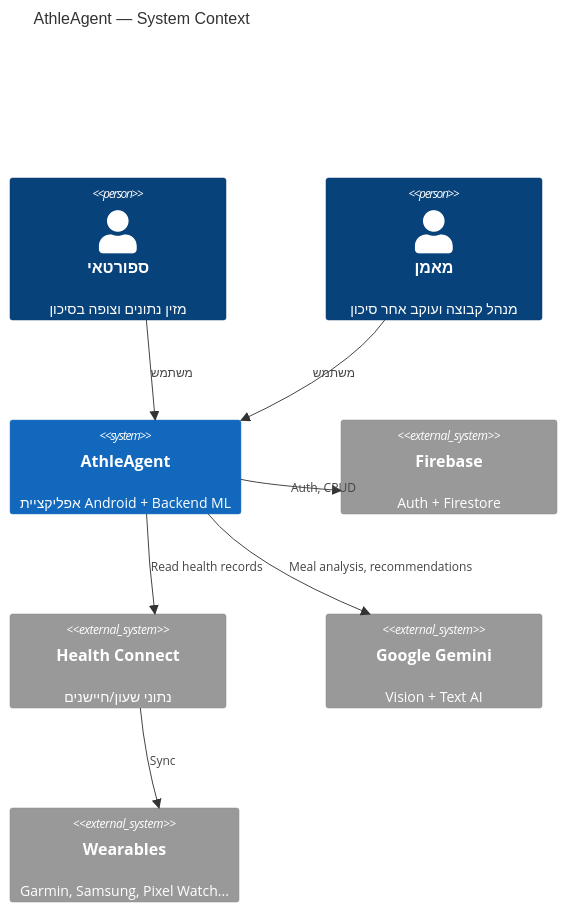
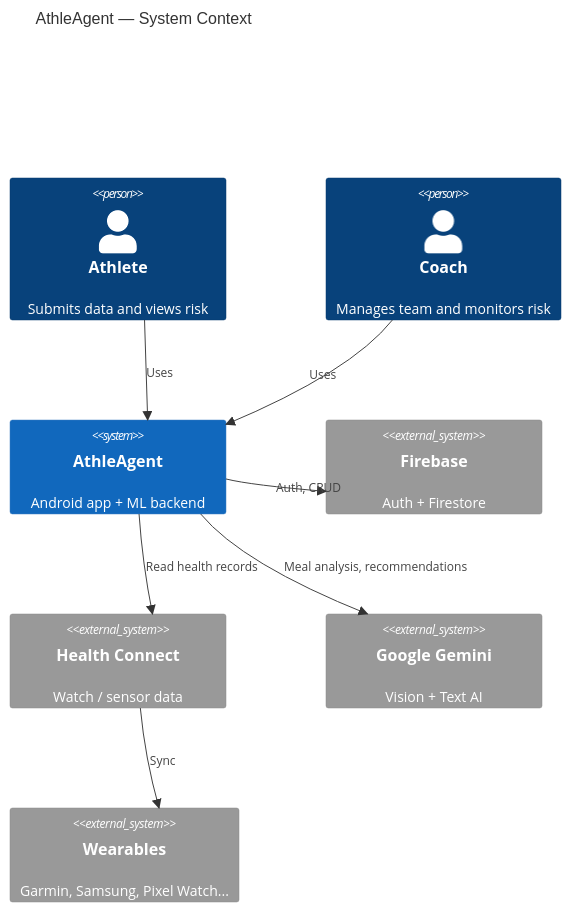
The first of 5 diagrams in docs/HLD_PROJECT.md (yahav97/final_project_AthleAgent), drawn with Mermaid before and after one commit. The commit also changed other lines of this file and 4 other files, not shown here.

````diff
--- a/docs/HLD_PROJECT.md
+++ b/docs/HLD_PROJECT.md
@@ -50,21 +52,21 @@
 ```mermaid
 C4Context
     title AthleAgent — System Context
 
-    Person(athlete, "ספורטאי", "מזין נתונים וצופה בסיכון")
-    Person(coach, "מאמן", "מנהל קבוצה ועוקב אחר סיכון")
+    Person(athlete, "Athlete", "Submits data and views risk")
+    Person(coach, "Coach", "Manages team and monitors risk")
 
-    System(athleagent, "AthleAgent", "אפליקציית Android + Backend ML")
+    System(athleagent, "AthleAgent", "Android app + ML backend")
 
     System_Ext(firebase, "Firebase", "Auth + Firestore")
-    System_Ext(healthconnect, "Health Connect", "נתוני שעון/חיישנים")
+    System_Ext(healthconnect, "Health Connect", "Watch / sensor data")
     System_Ext(gemini, "Google Gemini", "Vision + Text AI")
     System_Ext(wearables, "Wearables", "Garmin, Samsung, Pixel Watch...")
 
-    Rel(athlete, athleagent, "משתמש")
-    Rel(coach, athleagent, "משתמש")
+    Rel(athlete, athleagent, "Uses")
+    Rel(coach, athleagent, "Uses")
     Rel(athleagent, firebase, "Auth, CRUD")
     Rel(athleagent, healthconnect, "Read health records")
     Rel(healthconnect, wearables, "Sync")
     Rel(athleagent, gemini, "Meal analysis, recommendations")
 ```
````
